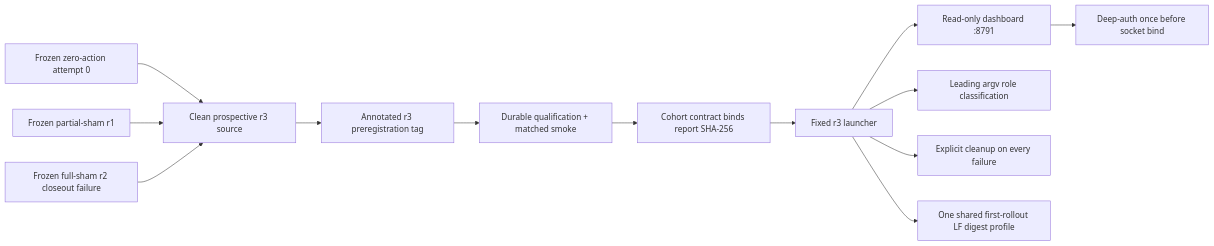
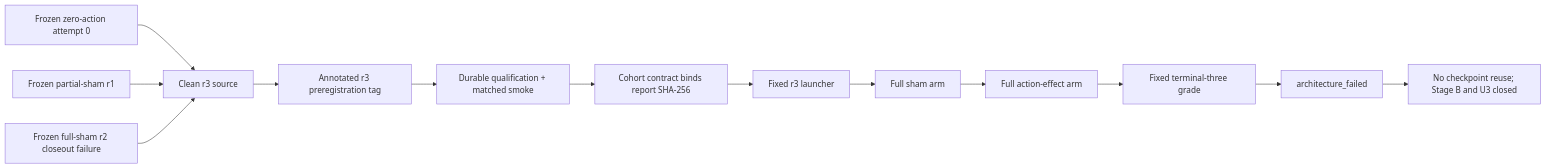
One commit to PeteAndrews1289/dungeon-apprentice changed the sixth of 6 diagrams in docs/architecture.md. Above: the diagram before and after it, drawn with Mermaid. The commit also changed other lines of this file and 30 other files, not shown here.

Commit message:
Implement v0.4 ineffective-trace architecture study

````diff
--- a/docs/architecture.md
+++ b/docs/architecture.md
@@ -270,15 +270,15 @@
 ```mermaid
 flowchart LR
-    F0["Frozen zero-action attempt 0"] --> C["Clean prospective r3 source"]
+    F0["Frozen zero-action attempt 0"] --> C["Clean r3 source"]
     F1["Frozen partial-sham r1"] --> C
     F2["Frozen full-sham r2 closeout failure"] --> C
     C --> T["Annotated r3 preregistration tag"]
     T --> Q["Durable qualification + matched smoke"]
     Q --> M["Cohort contract binds report SHA-256"]
     M --> L["Fixed r3 launcher"]
-    L --> D["Read-only dashboard :8791"]
-    L --> R["Leading argv role classification"]
-    L --> X["Explicit cleanup on every failure"]
-    L --> H["One shared first-rollout LF digest profile"]
-    D --> A["Deep-auth once before socket bind"]
+    L --> S["Full sham arm"]
+    S --> E["Full action-effect arm"]
+    E --> G["Fixed terminal-three grade"]
+    G --> X["architecture_failed"]
+    X --> N["No checkpoint reuse; Stage B and U3 closed"]
 ```
````
